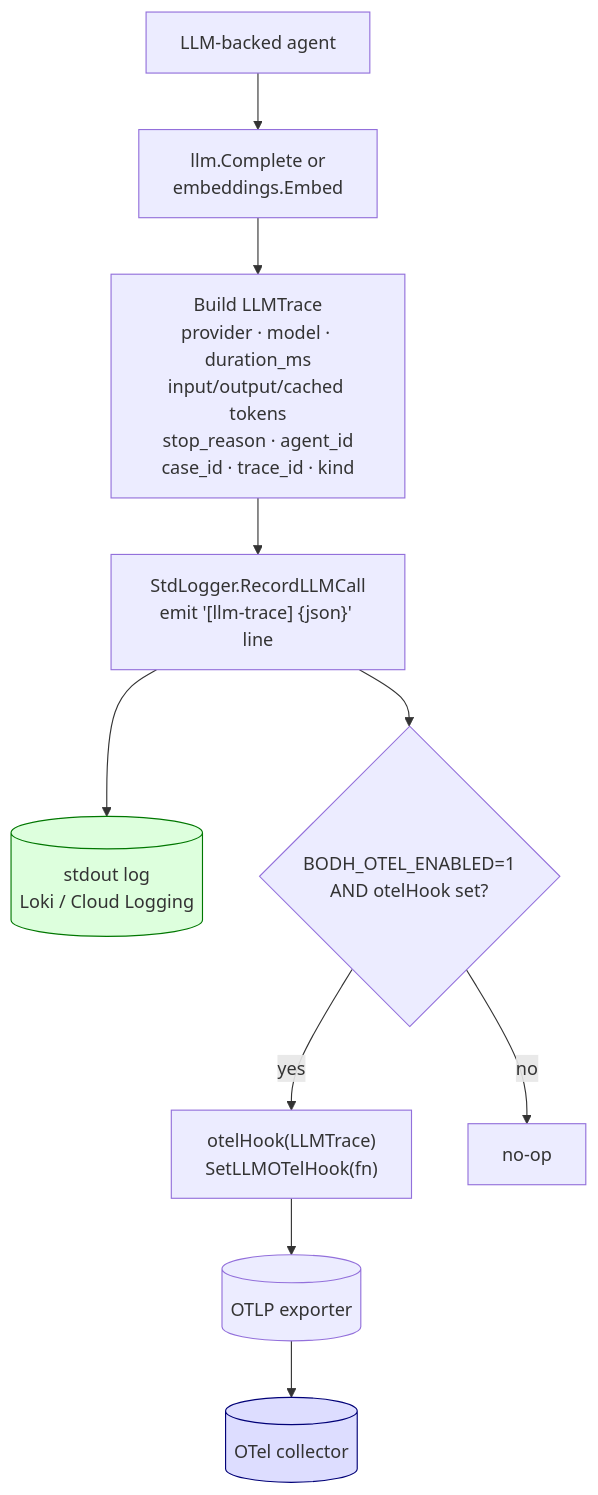
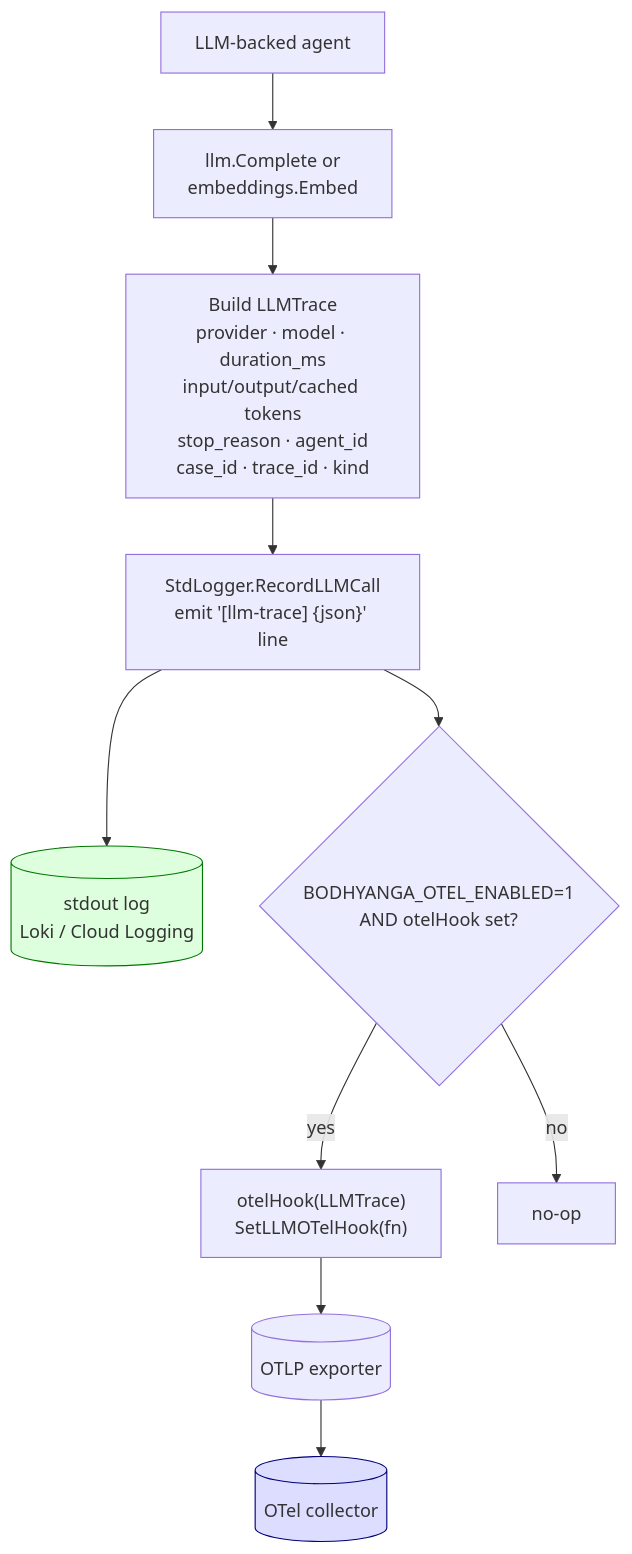
One commit to PratikDhanave/bodhyanga changed diagram 32 of 33 in docs/diagrams.md. Above: the diagram before and after it, drawn with Mermaid. The commit also changed other lines of this file and 672 other files, not shown here.

First line of the commit message:
chore: rename project bodh -> bodhyanga everywhere

````diff
--- a/docs/diagrams.md
+++ b/docs/diagrams.md
@@ -1005,15 +1005,15 @@
 ```mermaid
 flowchart TB
     Agent[LLM-backed agent] --> Call[llm.Complete or<br/>embeddings.Embed]
     Call --> Build[Build LLMTrace<br/>provider · model · duration_ms<br/>input/output/cached tokens<br/>stop_reason · agent_id<br/>case_id · trace_id · kind]
     Build --> Log["StdLogger.RecordLLMCall<br/>emit '[llm-trace] {json}' line"]
     Log --> Sink1[(stdout log<br/>Loki / Cloud Logging)]
-    Log --> Gate{BODH_OTEL_ENABLED=1<br/>AND otelHook set?}
+    Log --> Gate{BODHYANGA_OTEL_ENABLED=1<br/>AND otelHook set?}
     Gate -->|yes| Hook["otelHook(LLMTrace)<br/>SetLLMOTelHook(fn)"]
     Hook --> OTLP[(OTLP exporter)]
     OTLP --> Collector[(OTel collector)]
     Gate -->|no| Done[no-op]
 
     style Sink1 fill:#dfd,stroke:#070
     style Collector fill:#ddf,stroke:#007
 ```
````
